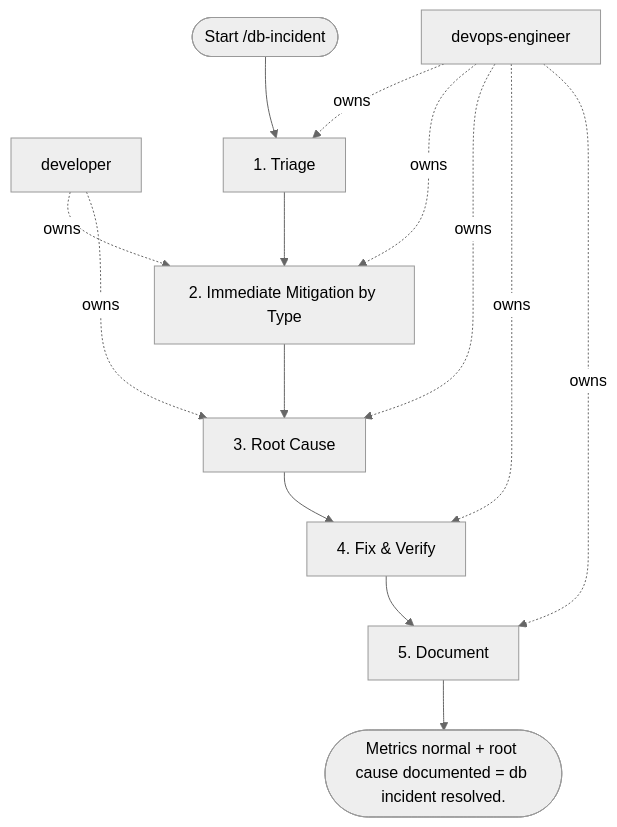
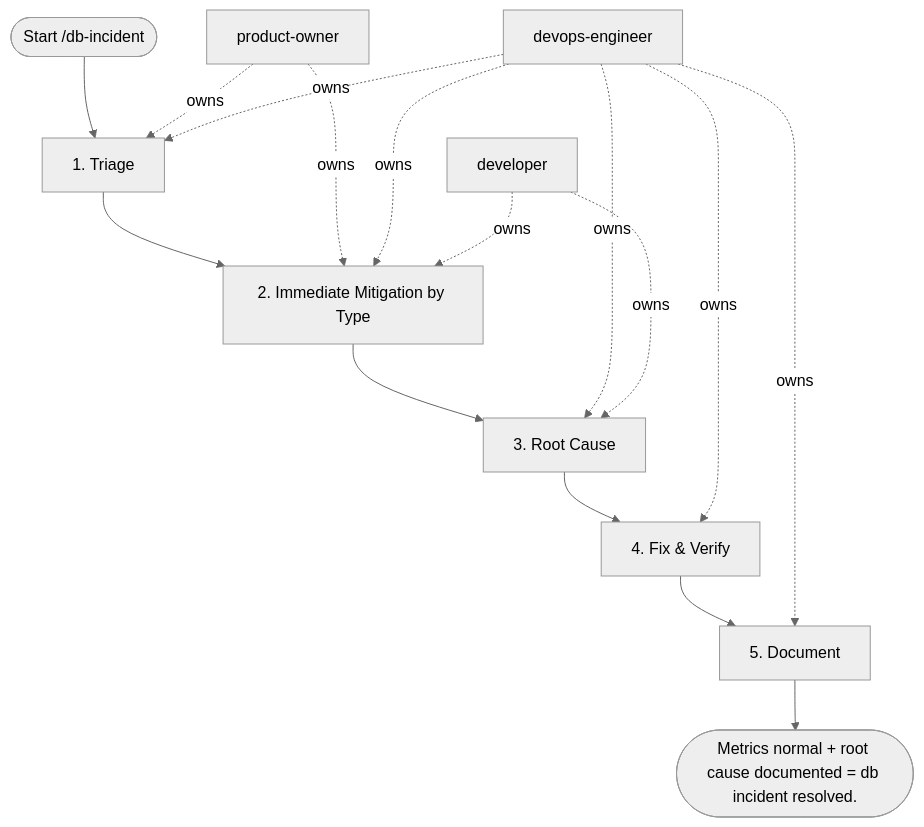
The diagram in areas/devops/database-ops/workflows/db-incident.md (sawrus/agent-guides), drawn with Mermaid (neutral theme) before and after one commit. The commit also changed other lines of this file and 76 other files, not shown here.

Commit message:
Standardize workflow product owner initiation

````diff
--- a/areas/devops/database-ops/workflows/db-incident.md
+++ b/areas/devops/database-ops/workflows/db-incident.md
@@ -88,25 +88,28 @@
 ```mermaid
 flowchart TD
   start(["Start /db-incident"])
-  role_1["devops-engineer"]
-  role_2["developer"]
+  role_1["product-owner"]
+  role_2["devops-engineer"]
+  role_3["developer"]
   step_1["1. Triage"]
   step_2["2. Immediate Mitigation by Type"]
   step_3["3. Root Cause"]
   step_4["4. Fix & Verify"]
   step_5["5. Document"]
   exit(["Metrics normal + root cause documented = db incident resolved."])
   start --> step_1
   step_1 --> step_2
   step_2 --> step_3
   step_3 --> step_4
   step_4 --> step_5
   step_5 --> exit
   role_1 -. owns .-> step_1
+  role_2 -. owns .-> step_1
+  role_1 -. owns .-> step_2
   role_2 -. owns .-> step_2
-  role_1 -. owns .-> step_2
-  role_1 -. owns .-> step_3
+  role_3 -. owns .-> step_2
   role_2 -. owns .-> step_3
-  role_1 -. owns .-> step_4
-  role_1 -. owns .-> step_5
+  role_3 -. owns .-> step_3
+  role_2 -. owns .-> step_4
+  role_2 -. owns .-> step_5
 ```
````
